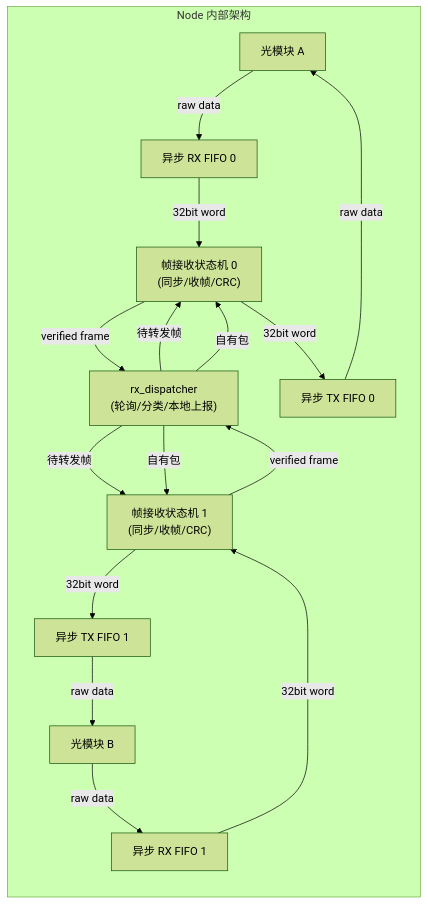
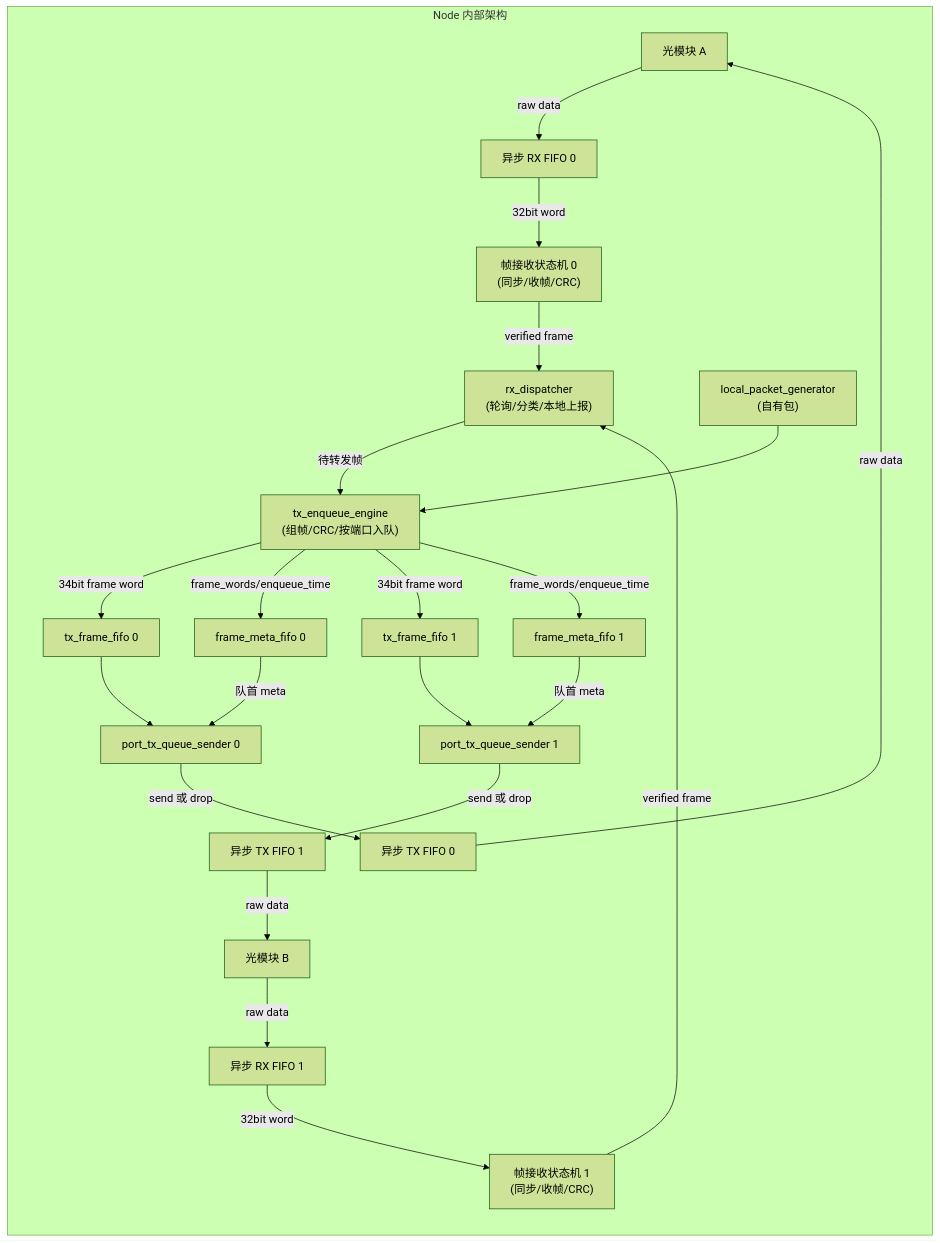
The sixth of 7 diagrams in docs/architecture.md (RBzhang/network_8), drawn with Mermaid (forest theme) before and after one commit. The commit also changed other lines of this file and 10 other files, not shown here.

````diff
--- a/docs/architecture.md
+++ b/docs/architecture.md
@@ -273,20 +273,26 @@
 ```mermaid
 graph TB
     subgraph "Node 内部架构"
         direction TB
         OPT0["光模块 A"] -->|"raw data"| AFIFO_RX0["异步 RX FIFO 0"]
         OPT1["光模块 B"] -->|"raw data"| AFIFO_RX1["异步 RX FIFO 1"]
         AFIFO_RX0 -->|"32bit word"| SM0["帧接收状态机 0<br/>(同步/收帧/CRC)"]
         AFIFO_RX1 -->|"32bit word"| SM1["帧接收状态机 1<br/>(同步/收帧/CRC)"]
         SM0 -->|"verified frame"| SCH["rx_dispatcher<br/>(轮询/分类/本地上报)"]
         SM1 -->|"verified frame"| SCH
-        SCH -->|"待转发帧"| SM0
-        SCH -->|"待转发帧"| SM1
-        SCH -->|"自有包"| SM0
-        SCH -->|"自有包"| SM1
-        SM0 -->|"32bit word"| AFIFO_TX0["异步 TX FIFO 0"]
-        SM1 -->|"32bit word"| AFIFO_TX1["异步 TX FIFO 1"]
+        SCH -->|"待转发帧"| ENQ["tx_enqueue_engine<br/>(组帧/CRC/按端口入队)"]
+        APP["local_packet_generator<br/>(自有包)"] --> ENQ
+        ENQ -->|"34bit frame word"| Q0["tx_frame_fifo 0"]
+        ENQ -->|"frame_words/enqueue_time"| M0["frame_meta_fifo 0"]
+        ENQ -->|"34bit frame word"| Q1["tx_frame_fifo 1"]
+        ENQ -->|"frame_words/enqueue_time"| M1["frame_meta_fifo 1"]
+        Q0 --> S0["port_tx_queue_sender 0"]
+        M0 -->|"队首 meta"| S0
+        Q1 --> S1["port_tx_queue_sender 1"]
+        M1 -->|"队首 meta"| S1
+        S0 -->|"send 或 drop"| AFIFO_TX0["异步 TX FIFO 0"]
+        S1 -->|"send 或 drop"| AFIFO_TX1["异步 TX FIFO 1"]
         AFIFO_TX0 -->|"raw data"| OPT0
         AFIFO_TX1 -->|"raw data"| OPT1
     end
 ```
````
